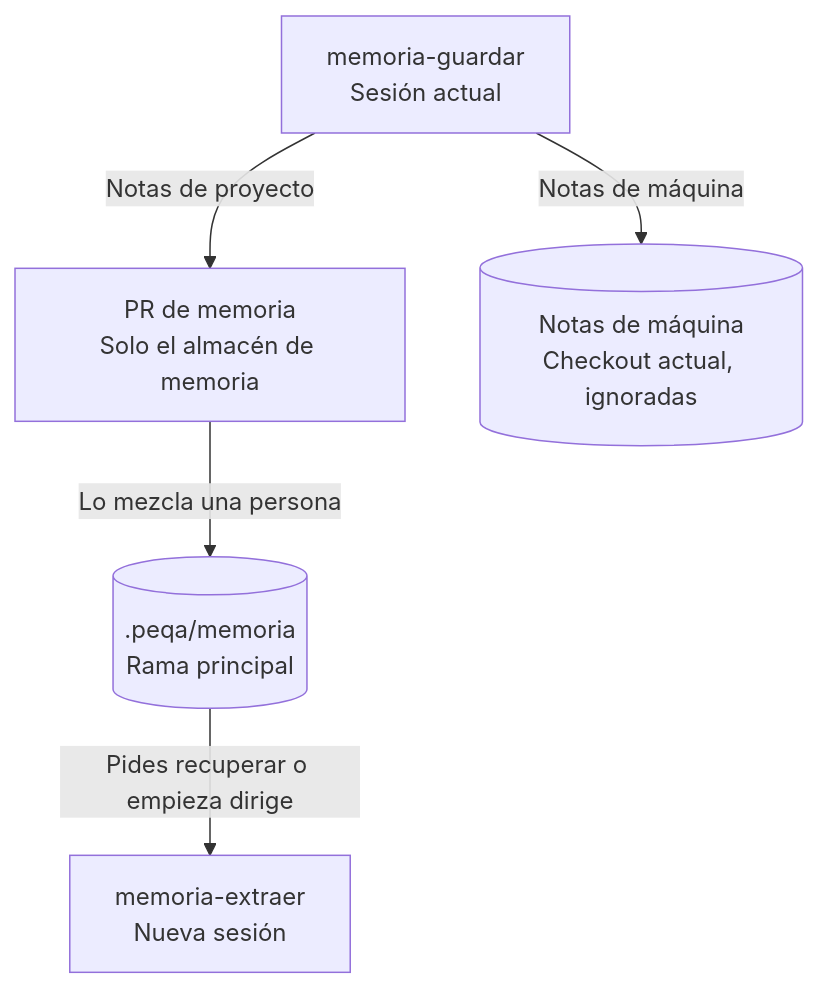
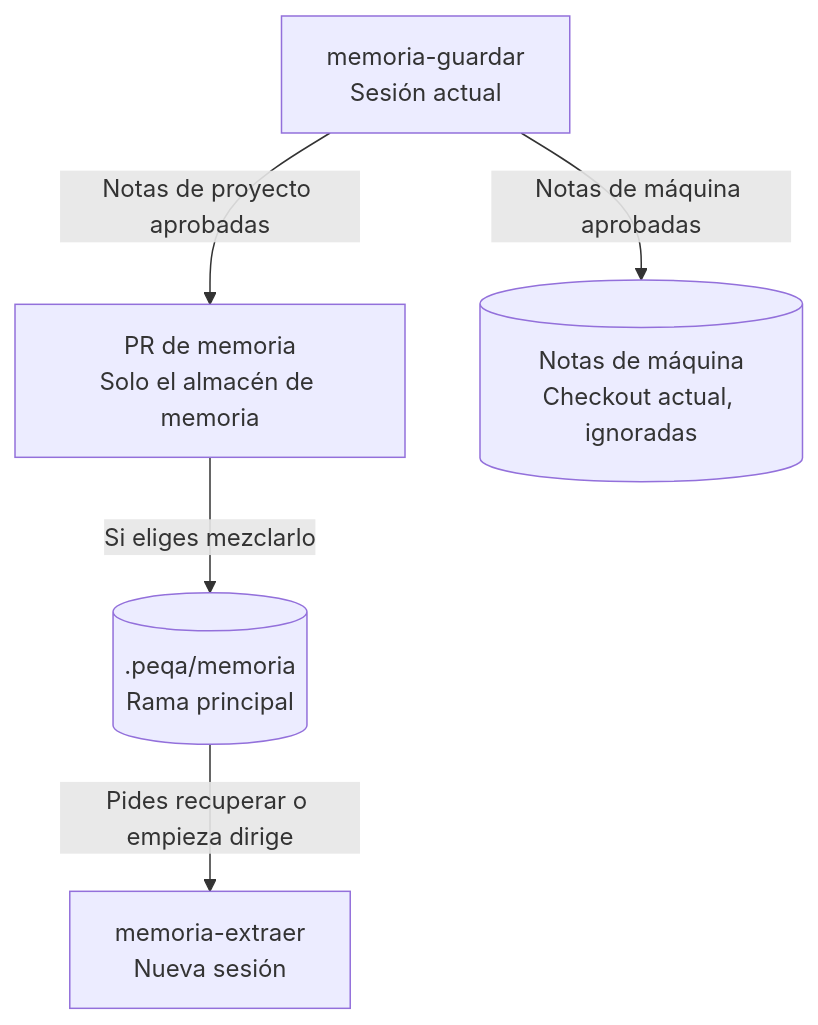
One commit to peqa-ai/peqa-workflows changed the fifth of 6 diagrams in README.md. Above: the diagram before and after it, drawn with Mermaid. The commit also changed other lines of this file and 7 other files, not shown here.

First line of the commit message:
feat(memoria-guardar): aprobar cada nota antes de escribirla y preguntar si mezclar el PR (#10)

````diff
--- a/README.md
+++ b/README.md
@@ -169,16 +169,16 @@
 ```mermaid
 flowchart TD
     accTitle: Memoria del proyecto entre dos sesiones
-    accDescr: A petición del usuario, memoria-guardar guarda las notas de proyecto en un PR propio desde la rama principal y las de máquina en el checkout actual. Cuando una persona mezcla el PR, las notas llegan al almacén de la rama principal, que memoria-extraer consulta en otra sesión sin modificarlo, cuando lo pides o al empezar dirige.
+    accDescr: A petición del usuario, memoria-guardar propone las notas y el usuario aprueba cada una. Guarda las de proyecto aprobadas en un PR propio desde la rama principal y las de máquina en el checkout actual. Al final pregunta si mezclar el PR; cuando el usuario acepta, las notas llegan al almacén de la rama principal, que memoria-extraer consulta en otra sesión sin modificarlo, cuando lo pides o al empezar dirige.
 
     actual["memoria-guardar<br/>Sesión actual"]
     pr["PR de memoria<br/>Solo el almacén de memoria"]
     local[("Notas de máquina<br/>Checkout actual, ignoradas")]
     memoria[(".peqa/memoria<br/>Rama principal")]
     nueva["memoria-extraer<br/>Nueva sesión"]
 
-    actual -->|Notas de proyecto| pr
-    actual -->|Notas de máquina| local
-    pr -->|Lo mezcla una persona| memoria
+    actual -->|Notas de proyecto aprobadas| pr
+    actual -->|Notas de máquina aprobadas| local
+    pr -->|Si eliges mezclarlo| memoria
     memoria -->|Pides recuperar o empieza dirige| nueva
 ```
````
